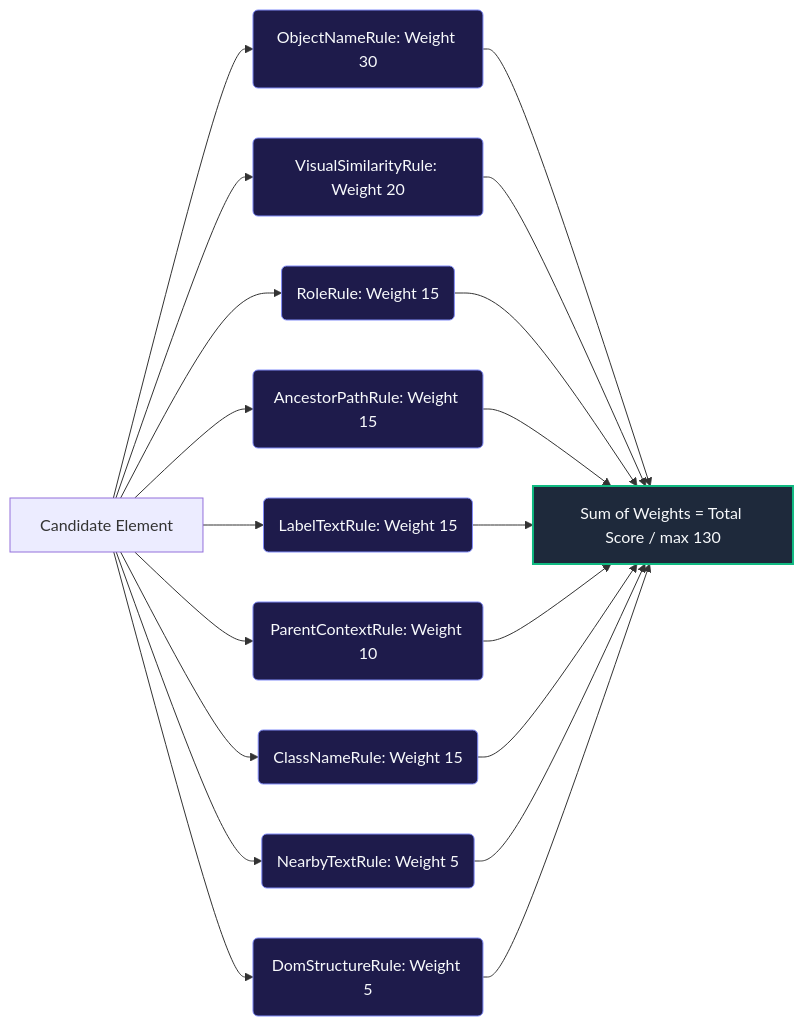
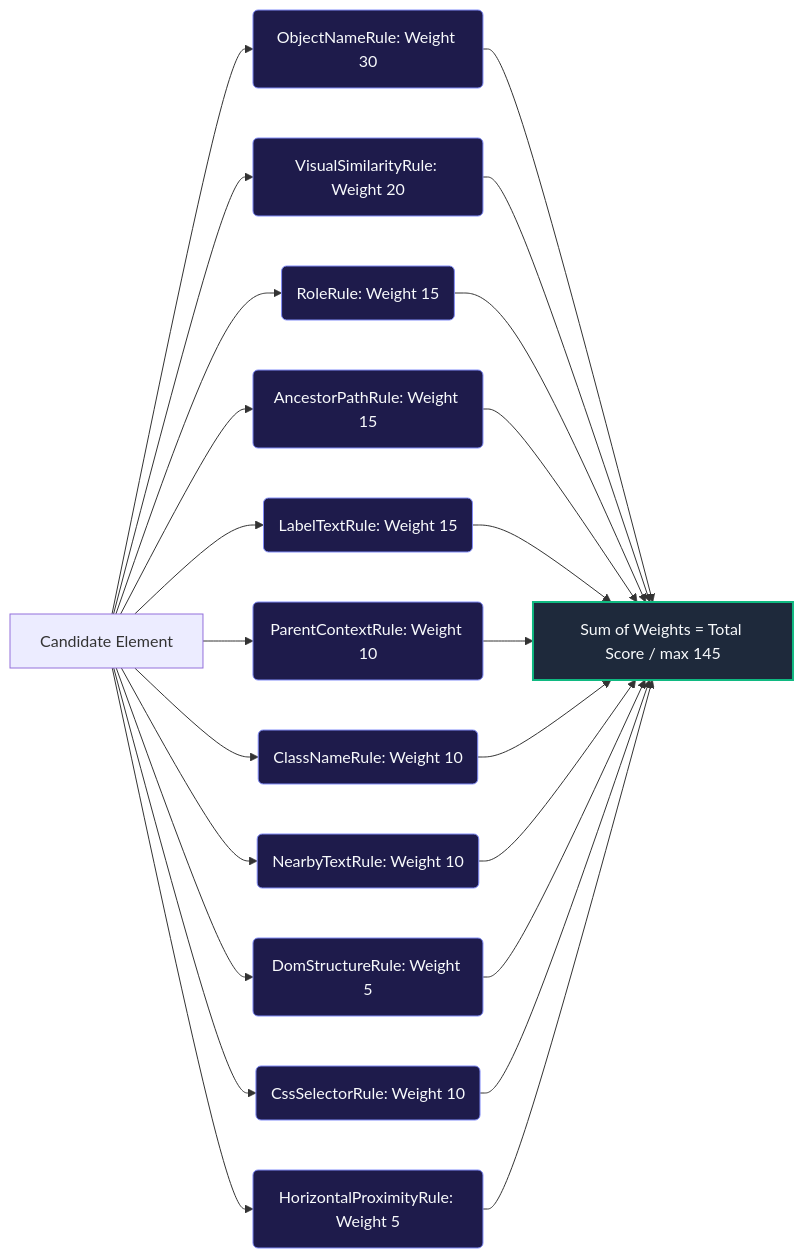
One commit to shambhoo-narwaria/reLOCATE.AI-Intelligent-Element-Recovery-Engine changed the third of 6 diagrams in docs/project-architecture.md. Above: the diagram before and after it, drawn with Mermaid. The commit also changed other lines of this file and 39 other files, not shown here.

````diff
--- a/docs/project-architecture.md
+++ b/docs/project-architecture.md
@@ -112,26 +112,30 @@
 ```mermaid
 graph LR
     %% Styling
     classDef rule fill:#1e1b4b,stroke:#818cf8,stroke-width:1px,color:#f8fafc;
     classDef total fill:#1e293b,stroke:#10b981,stroke-width:2px,color:#f8fafc;
 
     A[Candidate Element] --> R1(ObjectNameRule: Weight 30):::rule
     A --> R2(VisualSimilarityRule: Weight 20):::rule
     A --> R3(RoleRule: Weight 15):::rule
     A --> R4(AncestorPathRule: Weight 15):::rule
     A --> R5(LabelTextRule: Weight 15):::rule
     A --> R6(ParentContextRule: Weight 10):::rule
-    A --> R7(ClassNameRule: Weight 15):::rule
-    A --> R8(NearbyTextRule: Weight 5):::rule
+    A --> R7(ClassNameRule: Weight 10):::rule
+    A --> R8(NearbyTextRule: Weight 10):::rule
     A --> R9(DomStructureRule: Weight 5):::rule
+    A --> R10(CssSelectorRule: Weight 10):::rule
+    A --> R11(HorizontalProximityRule: Weight 5):::rule
 
-    R1 --> Total[Sum of Weights = Total Score / max 130]:::total
+    R1 --> Total[Sum of Weights = Total Score / max 145]:::total
     R2 --> Total
     R3 --> Total
     R4 --> Total
     R5 --> Total
     R6 --> Total
     R7 --> Total
     R8 --> Total
     R9 --> Total
+    R10 --> Total
+    R11 --> Total
 ```
````
